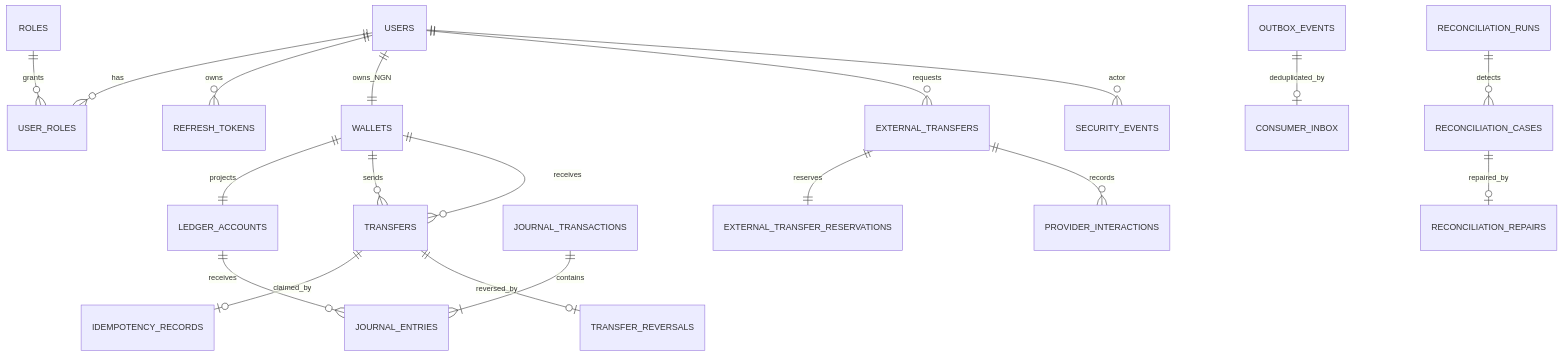
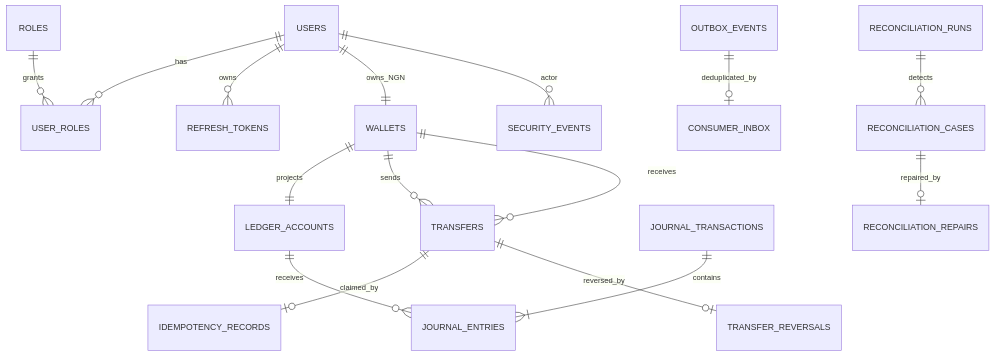
One commit to Deencoding/wallet-transfer-system changed the diagram in docs/er-diagram.md. Above: the diagram before and after it, drawn with Mermaid. The commit also changed 161 other files, not shown here.

````diff
--- a/docs/er-diagram.md
+++ b/docs/er-diagram.md
@@ -3,21 +3,18 @@
 ```mermaid
 erDiagram
   USERS ||--o{ USER_ROLES : has
   ROLES ||--o{ USER_ROLES : grants
   USERS ||--o{ REFRESH_TOKENS : owns
   USERS ||--|| WALLETS : owns_NGN
   WALLETS ||--|| LEDGER_ACCOUNTS : projects
   WALLETS ||--o{ TRANSFERS : sends
   WALLETS ||--o{ TRANSFERS : receives
   JOURNAL_TRANSACTIONS ||--|{ JOURNAL_ENTRIES : contains
   LEDGER_ACCOUNTS ||--o{ JOURNAL_ENTRIES : receives
   TRANSFERS ||--o| IDEMPOTENCY_RECORDS : claimed_by
   TRANSFERS ||--o| TRANSFER_REVERSALS : reversed_by
-  USERS ||--o{ EXTERNAL_TRANSFERS : requests
-  EXTERNAL_TRANSFERS ||--|| EXTERNAL_TRANSFER_RESERVATIONS : reserves
-  EXTERNAL_TRANSFERS ||--o{ PROVIDER_INTERACTIONS : records
   OUTBOX_EVENTS ||--o| CONSUMER_INBOX : deduplicated_by
   RECONCILIATION_RUNS ||--o{ RECONCILIATION_CASES : detects
   RECONCILIATION_CASES ||--o| RECONCILIATION_REPAIRS : repaired_by
   USERS ||--o{ SECURITY_EVENTS : actor
 ```
````
